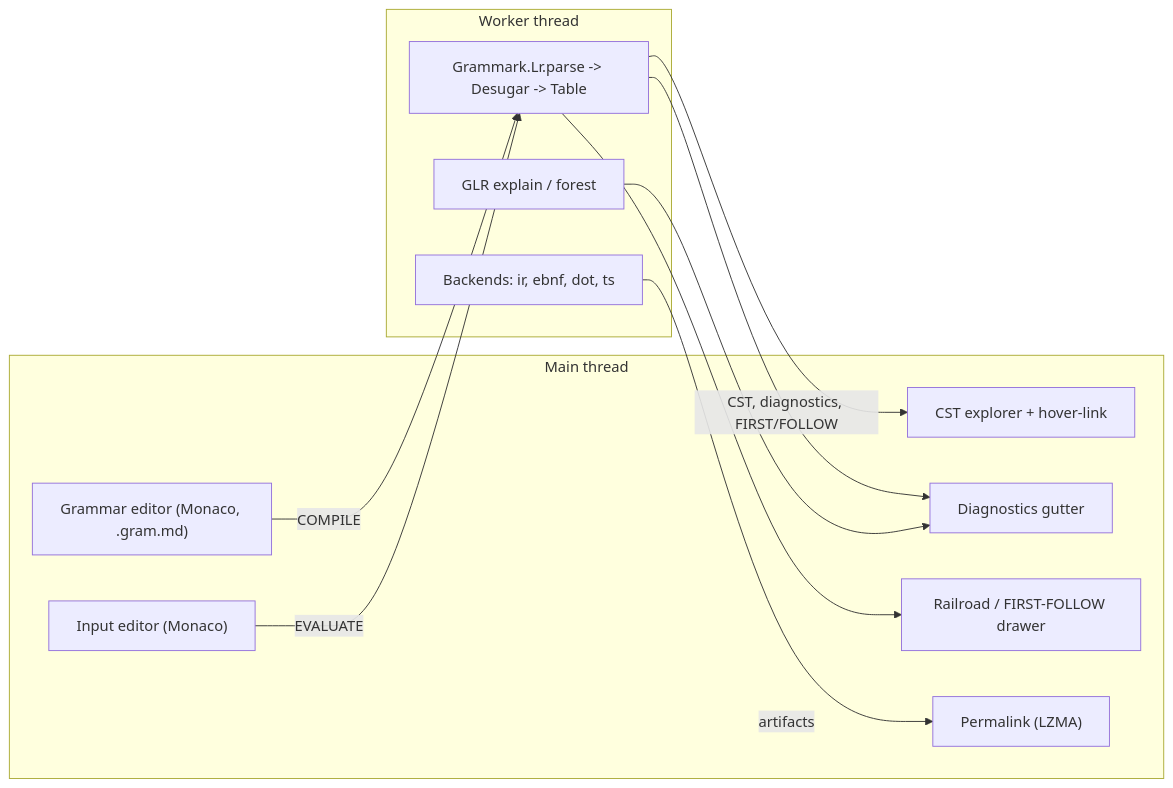
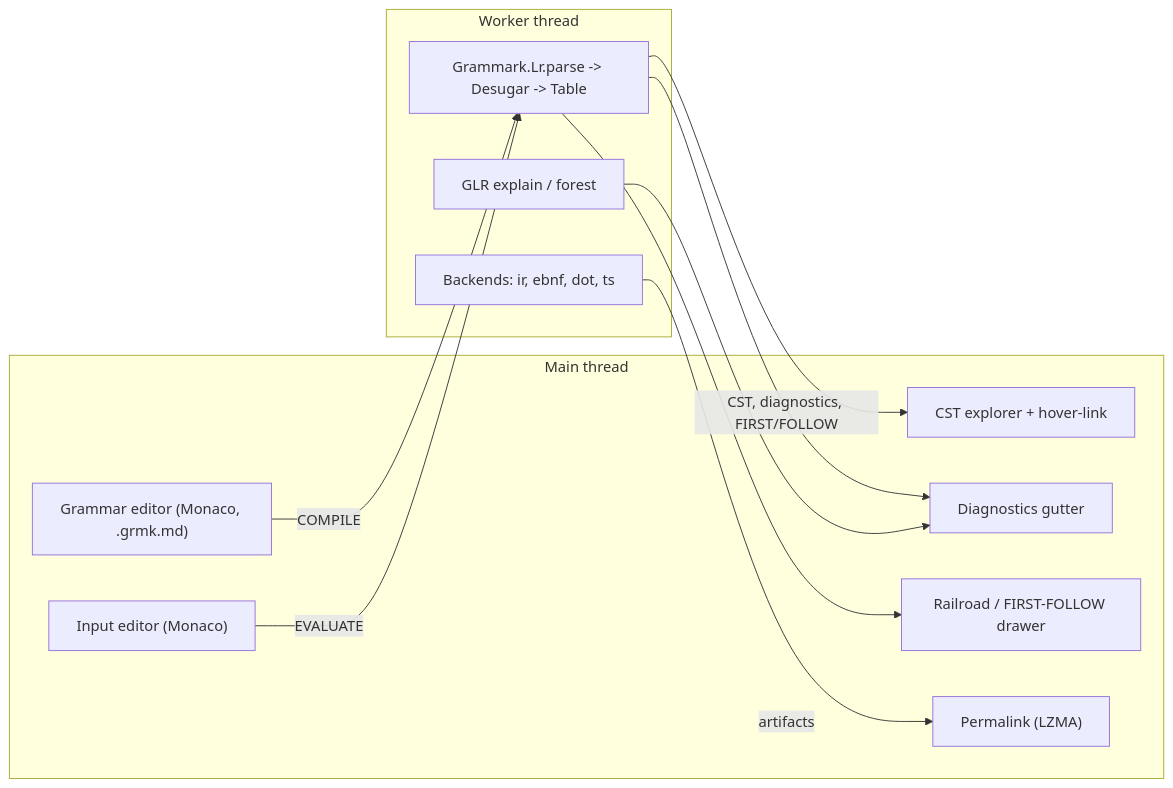
The diagram in docs/playground-spec.md (wstein/gramaire), drawn with Mermaid before and after one commit. The commit also changed other lines of this file and 48 other files, not shown here.

First line of the commit message:
refactor!: rename grammar extensions .gram.md → .grmk.md, .gram.lock → .grmk.lock

````diff
--- a/docs/playground-spec.md
+++ b/docs/playground-spec.md
@@ -217,23 +217,23 @@
 ```mermaid
 flowchart LR
   subgraph Main thread
-    GE["Grammar editor (Monaco, .gram.md)"]
+    GE["Grammar editor (Monaco, .grmk.md)"]
     IE["Input editor (Monaco)"]
     CST["CST explorer + hover-link"]
     DIAG["Diagnostics gutter"]
     RR["Railroad / FIRST-FOLLOW drawer"]
     URL["Permalink (LZMA)"]
   end
   subgraph Worker thread
     P["Grammark.Lr.parse -> Desugar -> Table"]
     G["GLR explain / forest"]
     B["Backends: ir, ebnf, dot, ts"]
   end
   GE -- COMPILE --> P
   IE -- EVALUATE --> P
   P -- "CST, diagnostics, FIRST/FOLLOW" --> CST
   P --> DIAG
   P --> RR
   G --> DIAG
   B -- artifacts --> URL
 ```
````
